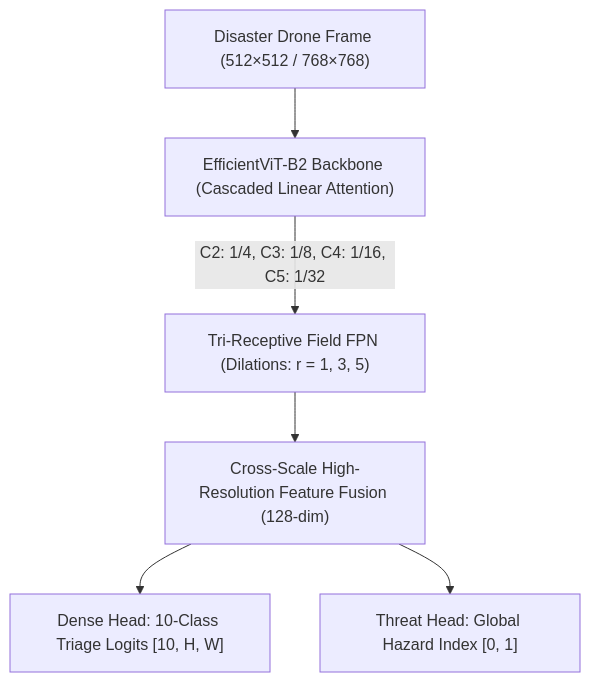
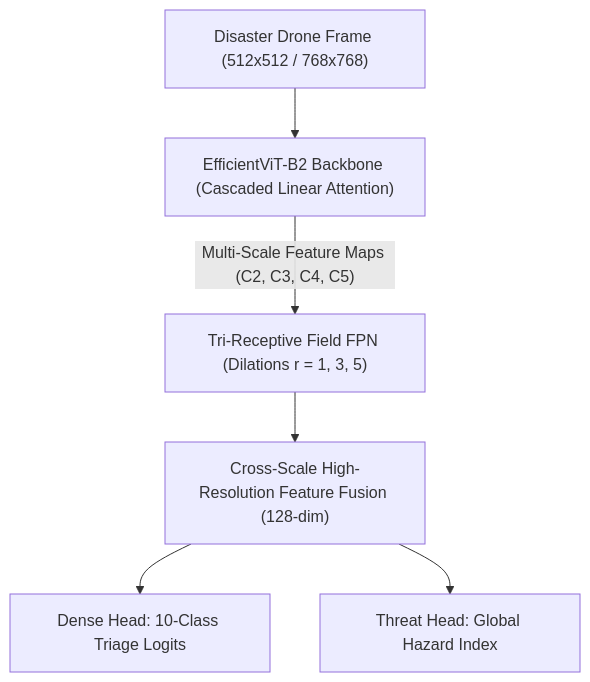
The second of 2 diagrams in README.md (AhmadHasssan9181/MoistMachine), drawn with Mermaid before and after one commit. The commit also changed other lines of this file, not shown here.

Commit message:
fix(docs): resolve Mermaid syntax error for GitHub parser

````diff
--- a/README.md
+++ b/README.md
@@ -112,9 +112,9 @@
 ```mermaid
-graph TD
-    Input["Disaster Drone Frame (512×512 / 768×768)"] --> Backbone["EfficientViT-B2 Backbone (Cascaded Linear Attention)"]
-    Backbone --> |C2: 1/4, C3: 1/8, C4: 1/16, C5: 1/32| TRFPN["Tri-Receptive Field FPN (Dilations: r = 1, 3, 5)"]
+flowchart TD
+    Input["Disaster Drone Frame (512x512 / 768x768)"] --> Backbone["EfficientViT-B2 Backbone (Cascaded Linear Attention)"]
+    Backbone -->|"Multi-Scale Feature Maps (C2, C3, C4, C5)"| TRFPN["Tri-Receptive Field FPN (Dilations r = 1, 3, 5)"]
     TRFPN --> Fusion["Cross-Scale High-Resolution Feature Fusion (128-dim)"]
     
-    Fusion --> Head1["Dense Head: 10-Class Triage Logits [10, H, W]"]
-    Fusion --> Head2["Threat Head: Global Hazard Index [0, 1]"]
+    Fusion --> Head1["Dense Head: 10-Class Triage Logits"]
+    Fusion --> Head2["Threat Head: Global Hazard Index"]
 ```
````
